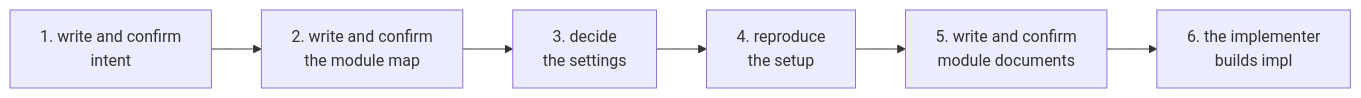
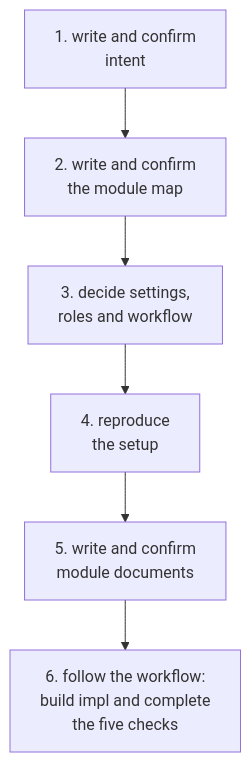
Before and after one commit to jheun66/plumbline: the diagram in docs/design/README.md, drawn with Mermaid. The commit also changed other lines of this file and 10 other files, not shown here.

````diff
--- a/docs/design/README.md
+++ b/docs/design/README.md
@@ -45,8 +45,8 @@
 ```mermaid
-flowchart LR
+flowchart TB
   A["1. write and confirm<br/>intent"] --> B["2. write and confirm<br/>the module map"]
-  B --> C["3. decide<br/>the settings"]
+  B --> C["3. decide settings,<br/>roles and workflow"]
   C --> D["4. reproduce<br/>the setup"]
   D --> E["5. write and confirm<br/>module documents"]
-  E --> F["6. the implementer<br/>builds impl"]
+  E --> F["6. follow the workflow:<br/>build impl and complete<br/>the five checks"]
 ```
````
